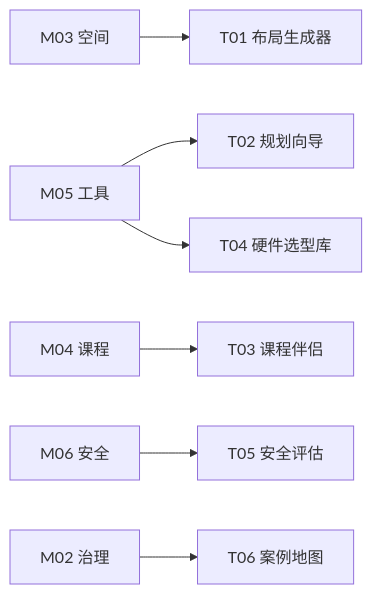
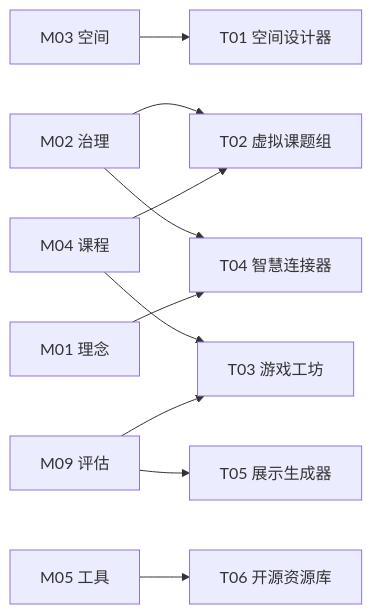
The diagram in content/docs/zh/resources/index.mdx (openwisdomlab/owlab), drawn with Mermaid before and after one commit. The commit also changed other lines of this file and 12 other files, not shown here.

````diff
--- a/content/docs/zh/resources/index.mdx
+++ b/content/docs/zh/resources/index.mdx
@@ -83,9 +103,12 @@
 ```mermaid
 graph LR
-    M03[M03 空间] --> T01[T01 布局生成器]
-    M05[M05 工具] --> T02[T02 规划向导]
-    M05 --> T04[T04 硬件选型库]
-    M04[M04 课程] --> T03[T03 课程伴侣]
-    M06[M06 安全] --> T05[T05 安全评估]
-    M02[M02 治理] --> T06[T06 案例地图]
+    M03[M03 空间] --> T01[T01 空间设计器]
+    M02[M02 治理] --> T02[T02 虚拟课题组]
+    M04[M04 课程] --> T02
+    M04 --> T03[T03 游戏工坊]
+    M09[M09 评估] --> T03
+    M02 --> T04[T04 智慧连接器]
+    M01[M01 理念] --> T04
+    M09 --> T05[T05 展示生成器]
+    M05[M05 工具] --> T06[T06 开源资源库]
 ```
````
